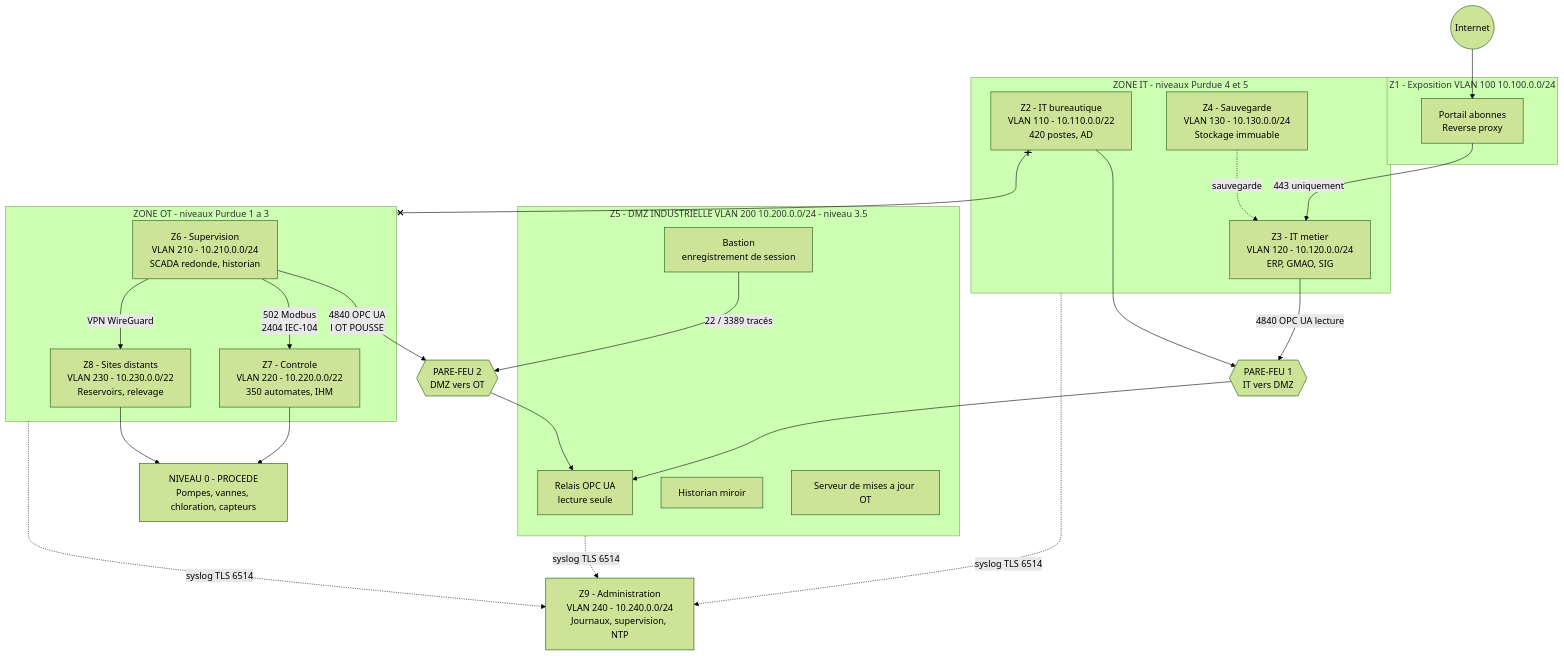
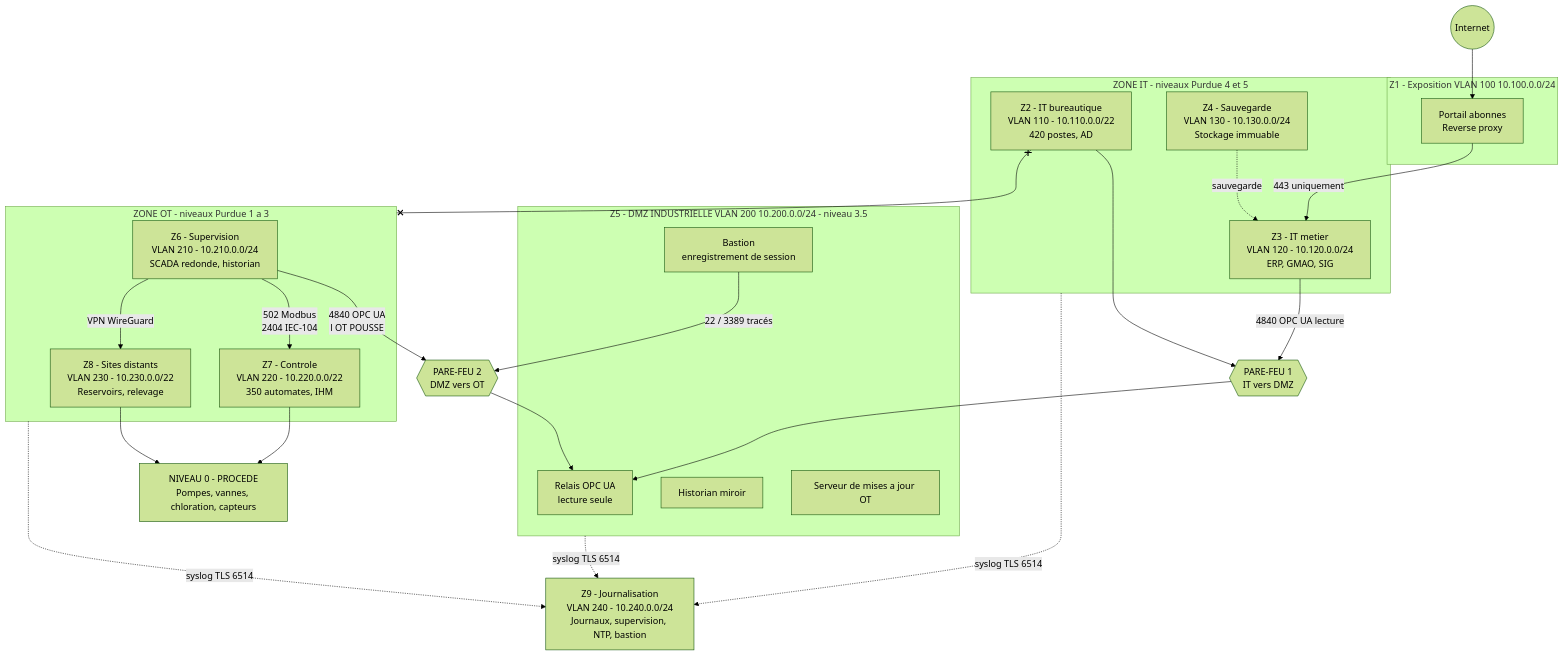
Before and after one commit to Tom-rib/NIS2: the diagram in Documentation/job-3-architecture.md, drawn with Mermaid (forest theme). The commit also changed other lines of this file and 4 other files, not shown here.

First line of the commit message:
Met a jour le statut de la loi et aligne la zone Z9 sur le schema

````diff
--- a/Documentation/job-3-architecture.md
+++ b/Documentation/job-3-architecture.md
@@ -108,54 +108,54 @@
 ```mermaid
 flowchart TB
     NET(("Internet"))
 
     subgraph EXPO["Z1 - Exposition  VLAN 100  10.100.0.0/24"]
         PORTAIL["Portail abonnes<br/>Reverse proxy"]
     end
 
     subgraph IT["ZONE IT - niveaux Purdue 4 et 5"]
         BUR["Z2 - IT bureautique<br/>VLAN 110 - 10.110.0.0/22<br/>420 postes, AD"]
         MET["Z3 - IT metier<br/>VLAN 120 - 10.120.0.0/24<br/>ERP, GMAO, SIG"]
         SAV["Z4 - Sauvegarde<br/>VLAN 130 - 10.130.0.0/24<br/>Stockage immuable"]
     end
 
     FW1{{"PARE-FEU 1<br/>IT vers DMZ"}}
 
     subgraph DMZ["Z5 - DMZ INDUSTRIELLE  VLAN 200  10.200.0.0/24  -  niveau 3.5"]
         OPC["Relais OPC UA<br/>lecture seule"]
         HIST2["Historian miroir"]
         MAJ["Serveur de mises a jour OT"]
         BAS["Bastion<br/>enregistrement de session"]
     end
 
     FW2{{"PARE-FEU 2<br/>DMZ vers OT"}}
 
     subgraph OT["ZONE OT - niveaux Purdue 1 a 3"]
         SCADA["Z6 - Supervision<br/>VLAN 210 - 10.210.0.0/24<br/>SCADA redonde, historian"]
         AUTO["Z7 - Controle<br/>VLAN 220 - 10.220.0.0/22<br/>350 automates, IHM"]
         DIST["Z8 - Sites distants<br/>VLAN 230 - 10.230.0.0/22<br/>Reservoirs, relevage"]
     end
 
     PROC["NIVEAU 0 - PROCEDE<br/>Pompes, vannes, chloration, capteurs"]
 
-    ADM["Z9 - Administration<br/>VLAN 240 - 10.240.0.0/24<br/>Journaux, supervision, NTP"]
+    ADM["Z9 - Journalisation<br/>VLAN 240 - 10.240.0.0/24<br/>Journaux, supervision, NTP, bastion"]
 
     NET --> PORTAIL
     PORTAIL -->|443 uniquement| MET
     BUR --> FW1
     MET -->|4840 OPC UA lecture| FW1
     FW1 --> OPC
     SCADA -->|4840 OPC UA<br/>l OT POUSSE| FW2
     FW2 --> OPC
     SCADA -->|502 Modbus<br/>2404 IEC-104| AUTO
     SCADA -->|VPN WireGuard| DIST
     AUTO --> PROC
     DIST --> PROC
     BAS -->|22 / 3389 tracés| FW2
     SAV -.->|sauvegarde| MET
     OT -.->|syslog TLS 6514| ADM
     DMZ -.->|syslog TLS 6514| ADM
     IT -.->|syslog TLS 6514| ADM
 
     BUR x--x OT
 ```
````
